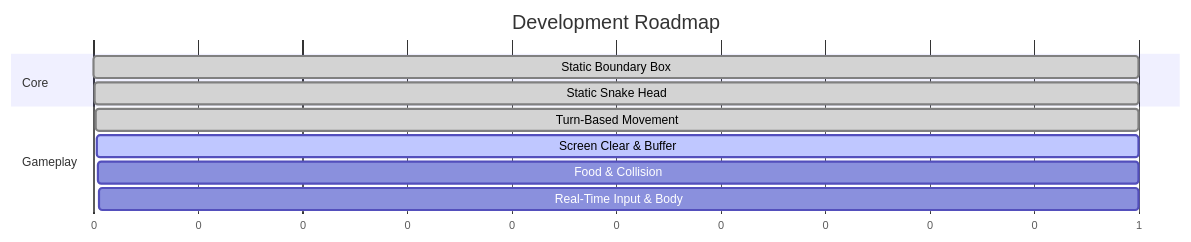
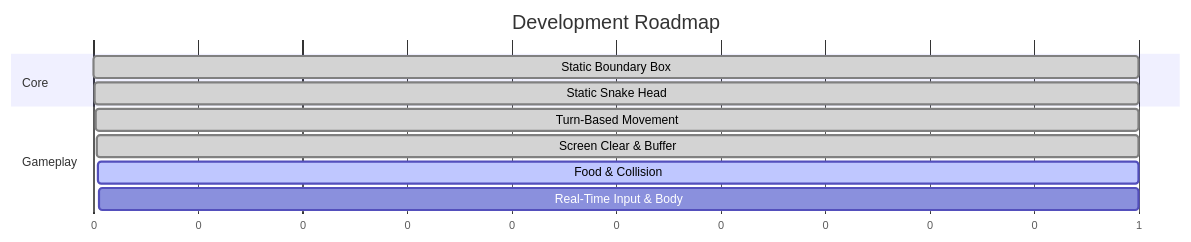
Before and after one commit to cyanoge1-netizen/snake-game-c: the fourth of 4 diagrams in README.md, drawn with Mermaid. The commit also changed other lines of this file, not shown here.

Commit message:
docs: update changelog and roadmap for v0.2.1 buffer and render fixes

````diff
--- a/README.md
+++ b/README.md
@@ -84,14 +84,14 @@
 ```mermaid
 gantt
     title Development Roadmap
     dateFormat  X
     axisFormat %s
     section Core
     Static Boundary Box       :done, m1, 0, 1
     Static Snake Head         :done, m2, 1, 1
     section Gameplay
     Turn-Based Movement       :done, m3, 2, 1
-    Screen Clear & Buffer     :active, m4_prep, 3, 1
-    Food & Collision          :m4, 4, 1
+    Screen Clear & Buffer     :done, m4_prep, 3, 1
+    Food & Collision          :active, m4, 4, 1
     Real-Time Input & Body    :m5, 5, 1
 ```
````
